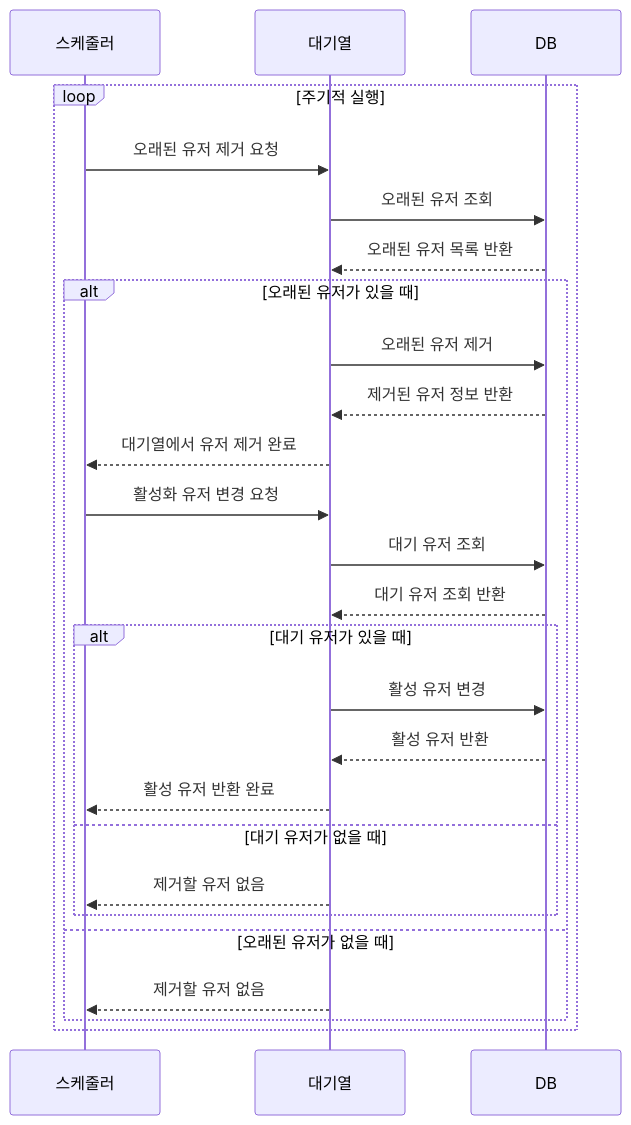
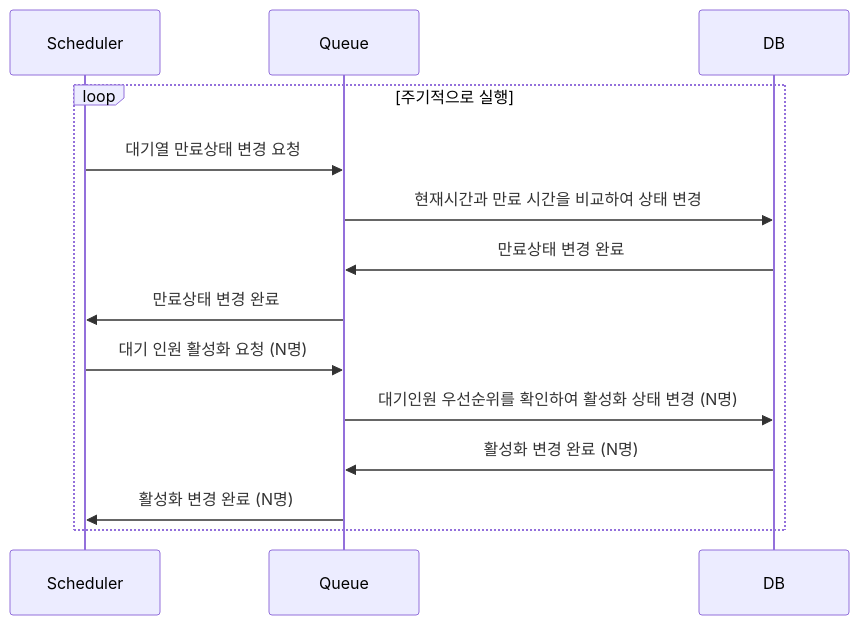
One commit to hyojin202406/hanghae-concert changed the second of 9 diagrams in docs/Sequence_diagram.md. Above: the diagram before and after it, drawn with Mermaid. The commit also changed other lines of this file and 2 other files, not shown here.

Commit message:
doc: API, ERD, Sequence_diagram 수정

````diff
--- a/docs/Sequence_diagram.md
+++ b/docs/Sequence_diagram.md
@@ -44,32 +44,18 @@
 ```mermaid
+
 sequenceDiagram
-   participant Scheduler as 스케줄러
-   participant 대기열서비스 as 대기열
-   participant DB
+    participant Scheduler
+    participant Queue
+    participant DB
 
-%% 주기적으로 스케줄러가 실행됨 %%
-    loop 주기적 실행
-        Scheduler->>대기열서비스: 오래된 유저 제거 요청
-        대기열서비스->>DB: 오래된 유저 조회
-        DB-->>대기열서비스: 오래된 유저 목록 반환
-    alt 오래된 유저가 있을 때
-        대기열서비스->>DB: 오래된 유저 제거
-        DB-->>대기열서비스: 제거된 유저 정보 반환
-        대기열서비스-->>Scheduler: 대기열에서 유저 제거 완료
-        Scheduler->>대기열서비스: 활성화 유저 변경 요청
-        대기열서비스->>DB: 대기 유저 조회
-        DB-->>대기열서비스: 대기 유저 조회 반환
-        alt 대기 유저가 있을 때
-            대기열서비스->>DB: 활성 유저 변경
-            DB-->>대기열서비스: 활성 유저 반환
-            대기열서비스-->>Scheduler: 활성 유저 반환 완료
-        else 대기 유저가 없을 때
-            대기열서비스-->>Scheduler: 제거할 유저 없음
-        end
-    else 오래된 유저가 없을 때
-        대기열서비스-->>Scheduler: 제거할 유저 없음
+    loop 주기적으로 실행
+        Scheduler ->> Queue: 대기열 만료상태 변경  요청
+        Queue ->> DB: 현재시간과 만료 시간을 비교하여 상태 변경
+        DB ->> Queue: 만료상태 변경 완료
+        Queue ->> Scheduler: 만료상태 변경 완료
+        Scheduler ->> Queue: 대기 인원 활성화 요청 (N명)
+        Queue ->> DB: 대기인원 우선순위를 확인하여 활성화 상태 변경 (N명)
+        DB ->> Queue: 활성화 변경 완료 (N명)
+        Queue ->> Scheduler: 활성화 변경 완료 (N명)
     end
-      
-   end
-
 ```
````
